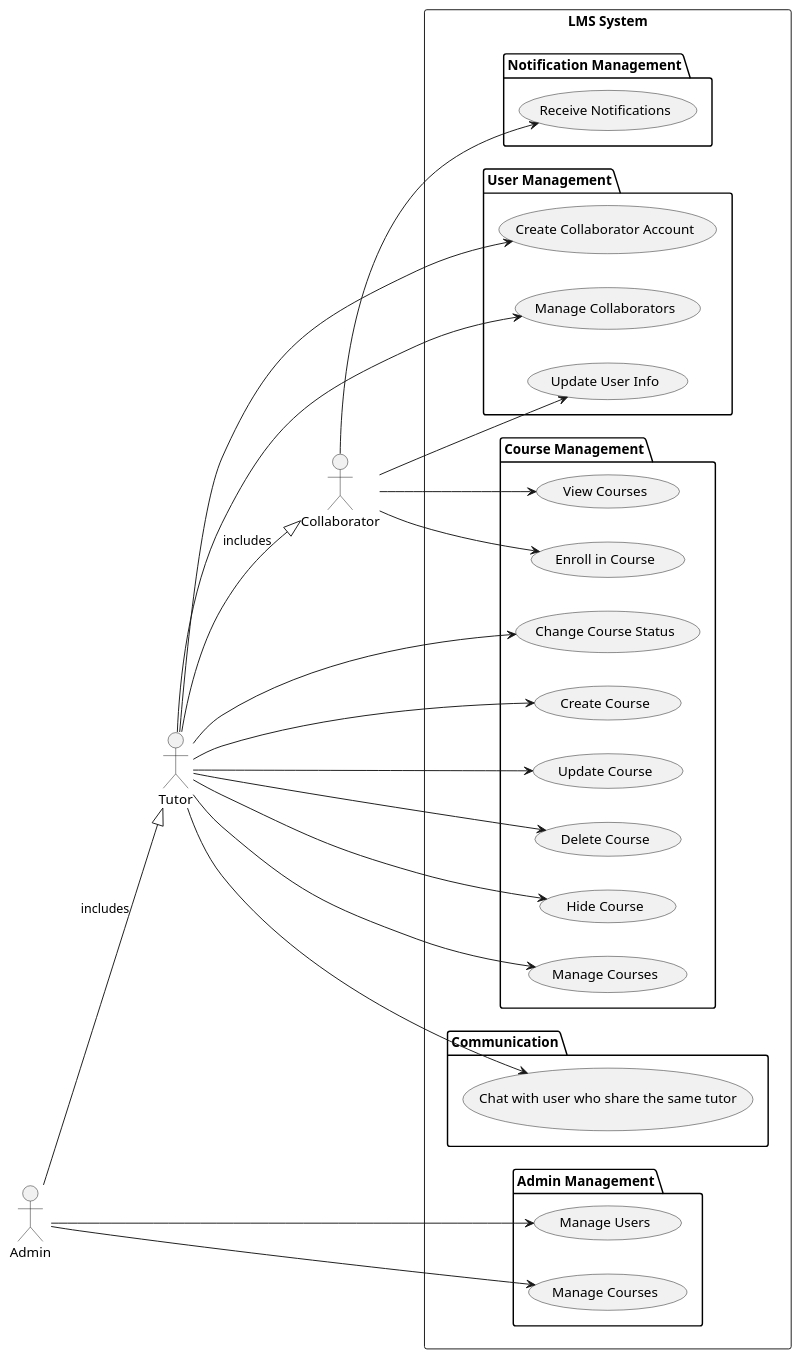
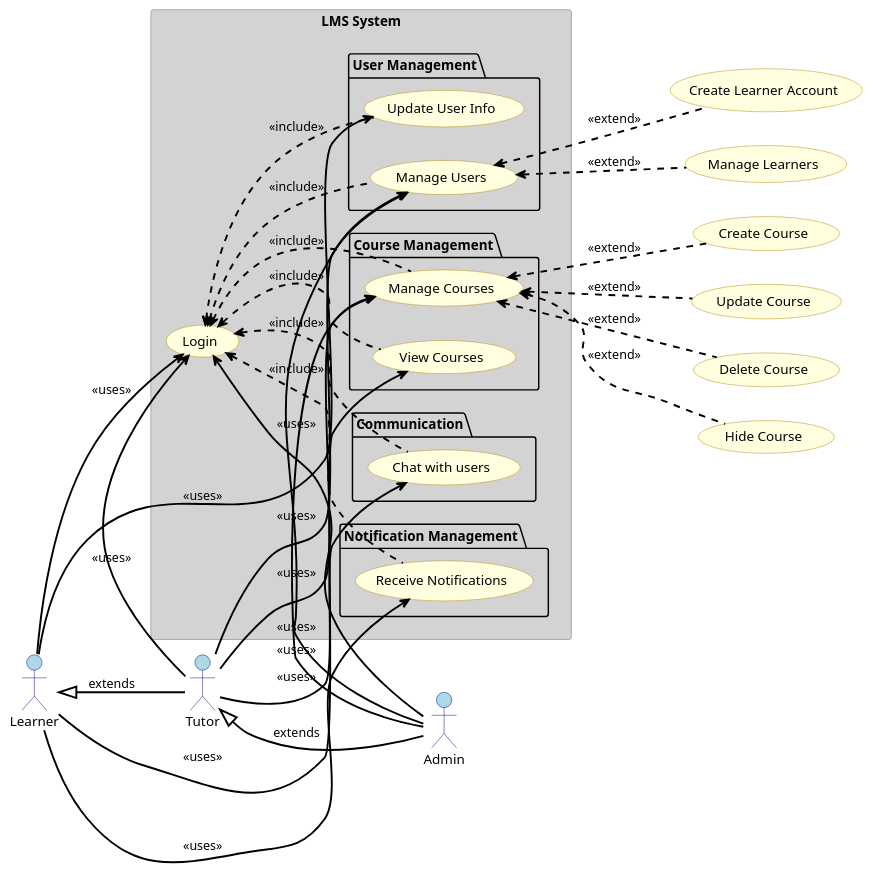
Before and after one commit to Davidben75/Elearn_api: the diagram in UML/usecase/usecase_diagram.pu, drawn with PlantUML. The commit also changed 3 other files, not shown here.

Commit message:
update diagram

```diff
--- a/UML/usecase/usecase_diagram.pu
+++ b/UML/usecase/usecase_diagram.pu
@@ -1,62 +1,84 @@
 @startuml 'usecase diagram'
 left to right direction
 
-actor Collaborator
-actor Tutor
-actor Admin
+skinparam actor {
+    BackgroundColor LightBlue
+    BorderColor DarkBlue
+}
+
+skinparam usecase {
+    BackgroundColor LightYellow
+    BorderColor DarkGoldenRod
+}
+
+skinparam rectangle {
+    BackgroundColor LightGray
+    BorderColor DarkGray
+}
+
+skinparam arrow {
+    Color Black
+    Thickness 2
+}
+
+actor Learner as L
+actor Tutor as T
+actor Admin as A
 
 rectangle "LMS System" {
+    usecase "Login" as UC0
+
     package "User Management" {
-        usecase "Create Collaborator Account" as UC1
-        usecase "Manage Collaborators" as UC2
-        usecase "Update User Info" as UC3
+        usecase "Manage Users" as UC1
+        usecase "Update User Info" as UC2
     }
 
     package "Course Management" {
-        usecase "Create Course" as UC4
-        usecase "Update Course" as UC5
-        usecase "Delete Course" as UC6
-        usecase "Hide Course" as UC7
-        usecase "Manage Courses" as UC8
-        usecase "View Courses" as UC9
-        usecase "Enroll in Course" as UC10
-        usecase "Change Course Status" as UC11
+        usecase "Manage Courses" as UC3
+        usecase "View Courses" as UC4
     }
 
     package "Communication" {
-        usecase "Chat with user who share the same tutor" as UC12
-    }
-
-    package "Admin Management" {
-        usecase "Manage Users" as UC13
-        usecase "Manage Courses" as UC14
+        usecase "Chat with users" as UC5
     }
 
     package "Notification Management" {
-        usecase "Receive Notifications" as UC16
+        usecase "Receive Notifications" as UC6
     }
 }
 
-Collaborator --> UC9
-Collaborator --> UC10
-Collaborator --> UC3
-Collaborator --> UC16
+' Positionnement des acteurs et héritage
+L -up-> UC0 : <<uses>>
+T -up-> UC0 : <<uses>>
+A -up-> UC0 : <<uses>>
 
-Tutor --> UC1
-Tutor --> UC2
-Tutor --> UC4
-Tutor --> UC5
-Tutor --> UC6
-Tutor --> UC7
-Tutor --> UC8
-Tutor --> UC11
-Tutor --> UC12
+T -up-|> L : extends
+A -up-|> T : extends
 
+UC0 <.. UC1 : <<include>>
+UC0 <.. UC2 : <<include>>
+UC0 <.. UC3 : <<include>>
+UC0 <.. UC4 : <<include>>
+UC0 <.. UC5 : <<include>>
+UC0 <.. UC6 : <<include>>
 
-Admin --> UC13
-Admin --> UC14
+UC1 <.. (Create Learner Account) : <<extend>>
+UC1 <.. (Manage Learners) : <<extend>>
 
-Tutor --|> Collaborator : includes
-Admin --|> Tutor :includes
+UC3 <.. (Create Course) : <<extend>>
+UC3 <.. (Update Course) : <<extend>>
+UC3 <.. (Delete Course) : <<extend>>
+UC3 <.. (Hide Course) : <<extend>>
+
+L --> UC2 : <<uses>>
+L --> UC4 : <<uses>>
+L --> UC6 : <<uses>>
+
+T --> UC1 : <<uses>>
+T --> UC3 : <<uses>>
+T --> UC5 : <<uses>>
+
+A --> UC1 : <<uses>>
+A --> UC3 : <<uses>>
 
 @enduml
```
